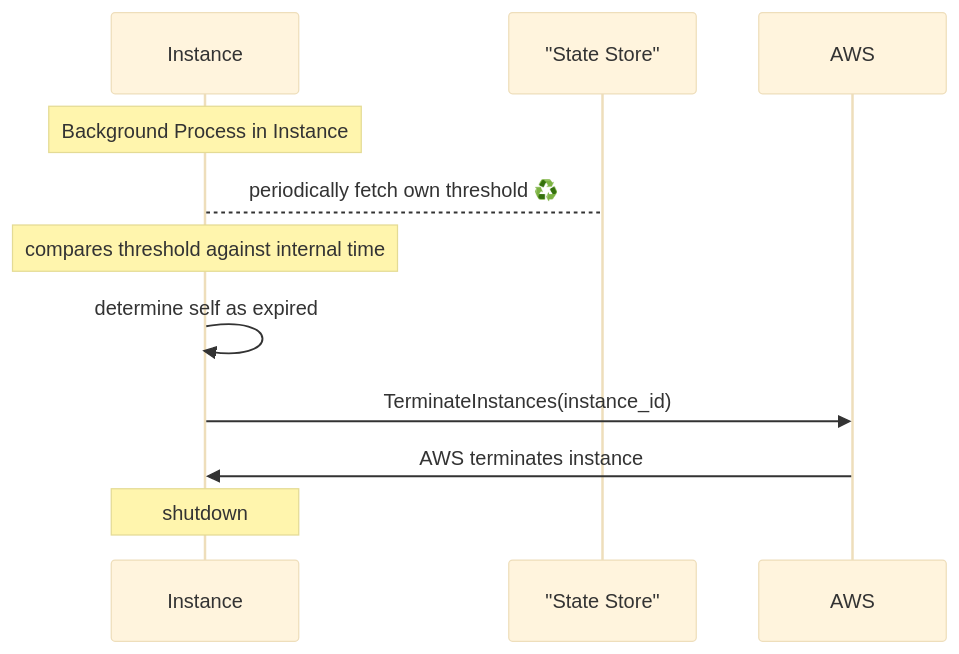
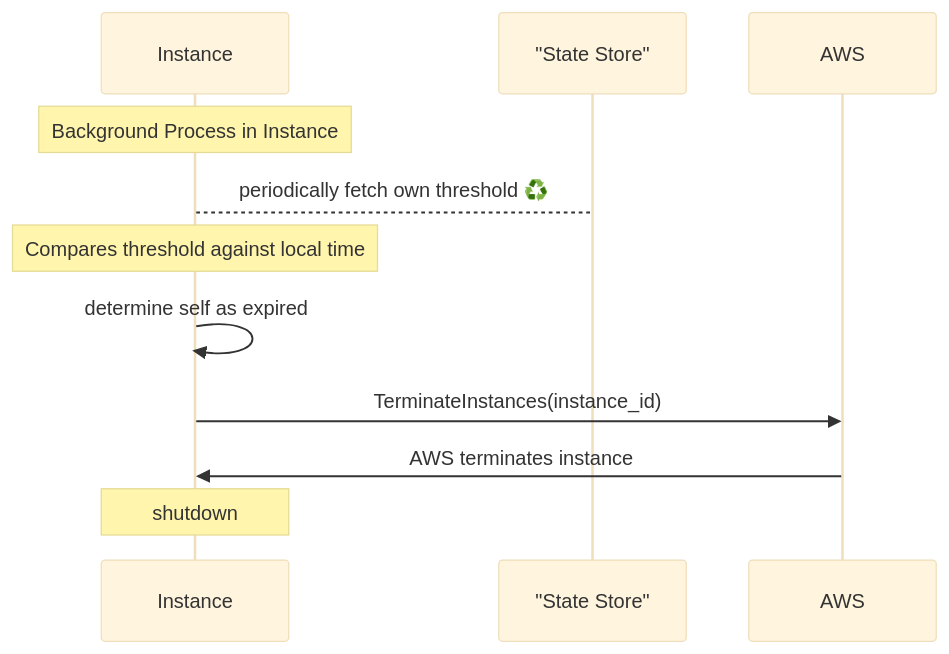
The sixth of 6 diagrams in docs/architecture/overview.md (fleet-actions/ec2-runner-pool-manager), drawn with Mermaid (base theme) before and after one commit. The commit also changed other lines of this file and 2 other files, not shown here.

Commit message:
docs: update architecture overview and related documents

````diff
--- a/docs/architecture/overview.md
+++ b/docs/architecture/overview.md
@@ -351,14 +351,14 @@
     ```mermaid
     sequenceDiagram
         participant Instance
         participant DynamoDB as "State Store"
         participant AWS
 
         Note over Instance: Background Process in Instance 
         Instance-->DynamoDB: periodically fetch own threshold ♻️
-        Note over Instance: compares threshold against internal time
+        Note over Instance: Compares threshold against local time
         Instance->>Instance: determine self as expired
         Instance->>AWS: TerminateInstances(instance_id)
         AWS->>Instance: AWS terminates instance
         Note over Instance: shutdown
     ```
````
